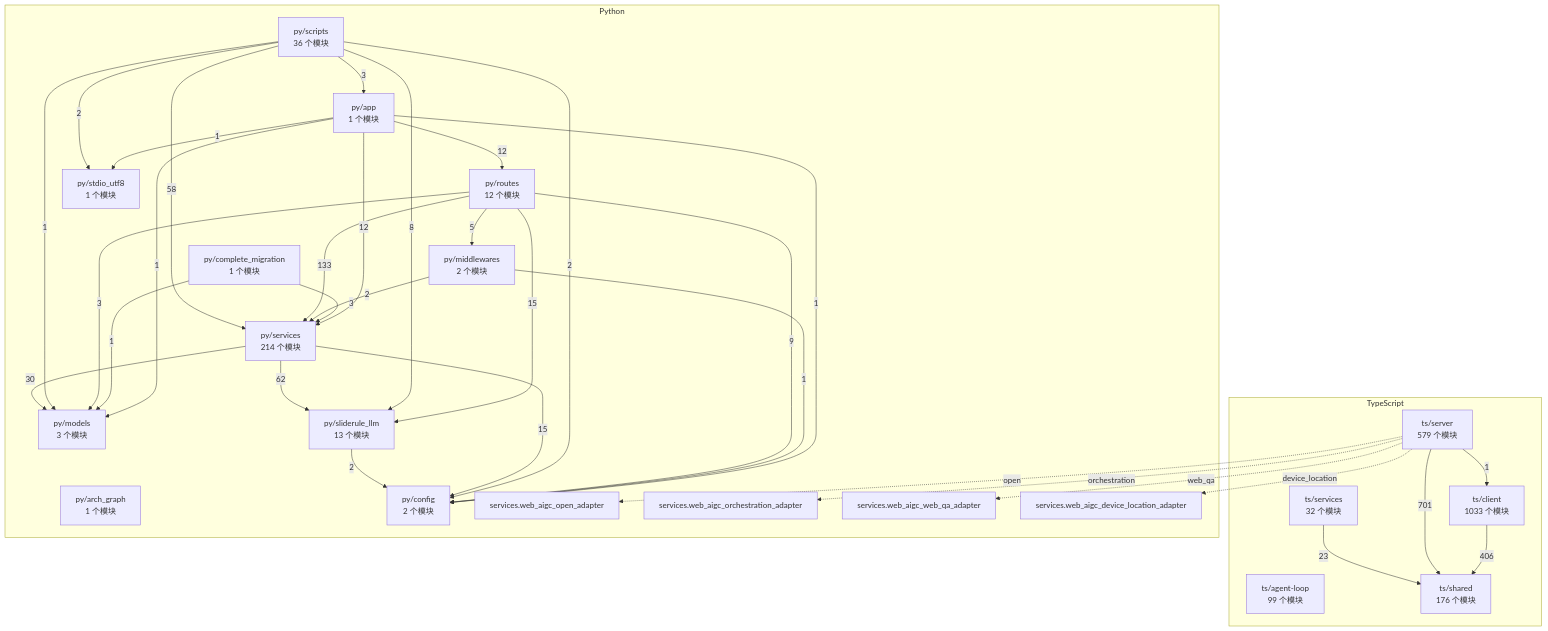
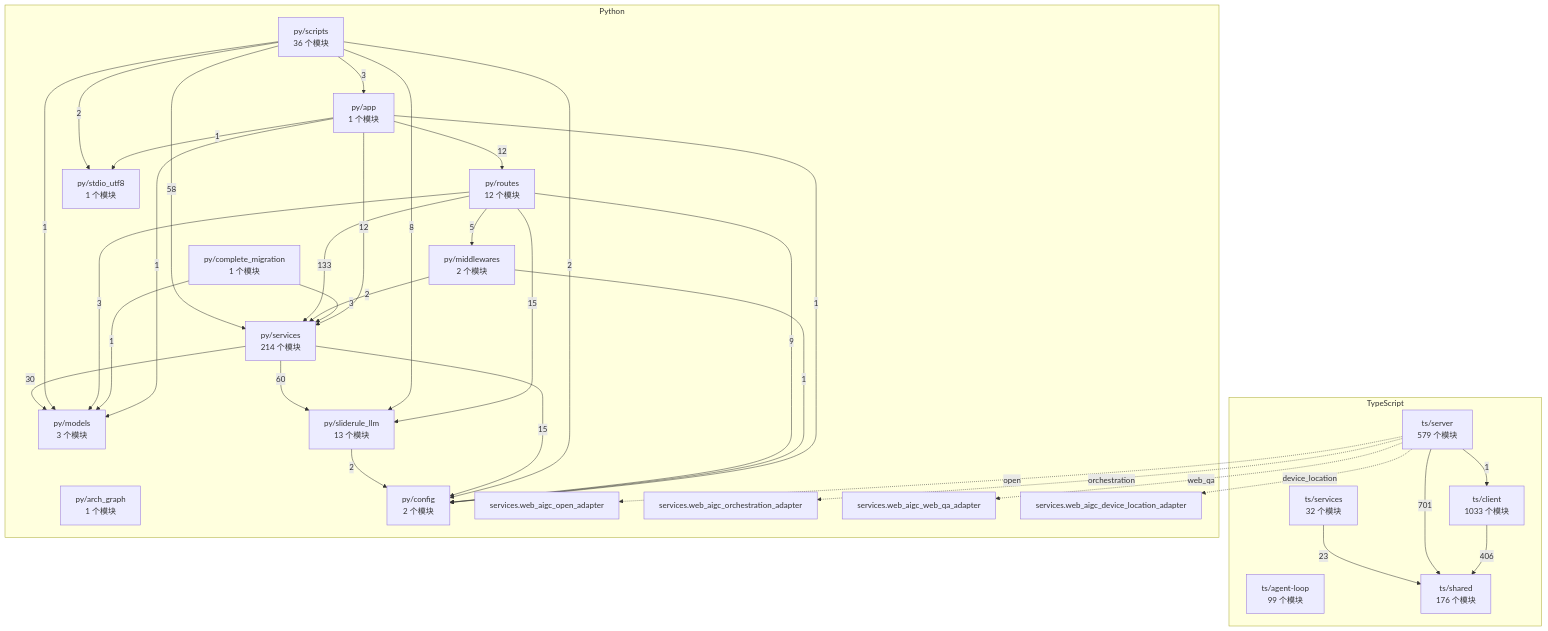
The diagram in docs/WhyBuddy 全仓架构图（自动生成）.md (2686521696/WhyBuddy), drawn with Mermaid before and after one commit. The commit also changed 21 other files, not shown here.

First line of the commit message:
显式意图不许被 hop 关键词劫持；叙述由产出决定。

````diff
--- a/docs/WhyBuddy 全仓架构图（自动生成）.md
+++ b/docs/WhyBuddy 全仓架构图（自动生成）.md
@@ -14,59 +14,59 @@
 ```mermaid
 flowchart TB
   subgraph ts [TypeScript]
     ts_agent_loop["ts/agent-loop<br/>99 个模块"]
     ts_client["ts/client<br/>1033 个模块"]
     ts_server["ts/server<br/>579 个模块"]
     ts_services["ts/services<br/>32 个模块"]
     ts_shared["ts/shared<br/>176 个模块"]
   end
   subgraph py [Python]
     py_app["py/app<br/>1 个模块"]
     py_arch_graph["py/arch_graph<br/>1 个模块"]
     py_complete_migration["py/complete_migration<br/>1 个模块"]
     py_config["py/config<br/>2 个模块"]
     py_middlewares["py/middlewares<br/>2 个模块"]
     py_models["py/models<br/>3 个模块"]
     py_routes["py/routes<br/>12 个模块"]
     py_scripts["py/scripts<br/>36 个模块"]
     py_services["py/services<br/>214 个模块"]
     py_sliderule_llm["py/sliderule_llm<br/>13 个模块"]
     py_stdio_utf8["py/stdio_utf8<br/>1 个模块"]
     py_services_web_aigc_open_adapter["services.web_aigc_open_adapter"]
     py_services_web_aigc_orchestration_adapter["services.web_aigc_orchestration_adapter"]
     py_services_web_aigc_web_qa_adapter["services.web_aigc_web_qa_adapter"]
     py_services_web_aigc_device_location_adapter["services.web_aigc_device_location_adapter"]
   end
   ts_client -->|406| ts_shared
   ts_server -->|1| ts_client
   ts_server -->|701| ts_shared
   ts_services -->|23| ts_shared
   py_app -->|1| py_config
   py_app -->|1| py_models
   py_app -->|12| py_routes
   py_app -->|12| py_services
   py_app -->|1| py_stdio_utf8
   py_complete_migration -->|1| py_models
   py_complete_migration -->|3| py_services
   py_middlewares -->|1| py_config
   py_middlewares -->|2| py_services
   py_routes -->|9| py_config
   py_routes -->|5| py_middlewares
   py_routes -->|3| py_models
   py_routes -->|133| py_services
   py_routes -->|15| py_sliderule_llm
   py_scripts -->|3| py_app
   py_scripts -->|2| py_config
   py_scripts -->|1| py_models
   py_scripts -->|58| py_services
   py_scripts -->|8| py_sliderule_llm
   py_scripts -->|2| py_stdio_utf8
   py_services -->|15| py_config
   py_services -->|30| py_models
-  py_services -->|62| py_sliderule_llm
+  py_services -->|60| py_sliderule_llm
   py_sliderule_llm -->|2| py_config
   ts_server -.->|open| py_services_web_aigc_open_adapter
   ts_server -.->|orchestration| py_services_web_aigc_orchestration_adapter
   ts_server -.->|web_qa| py_services_web_aigc_web_qa_adapter
   ts_server -.->|device_location| py_services_web_aigc_device_location_adapter
 ```
````
